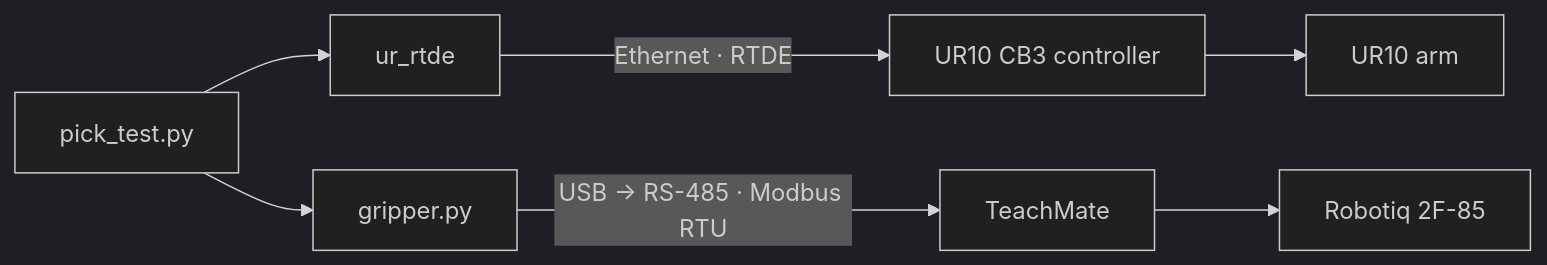
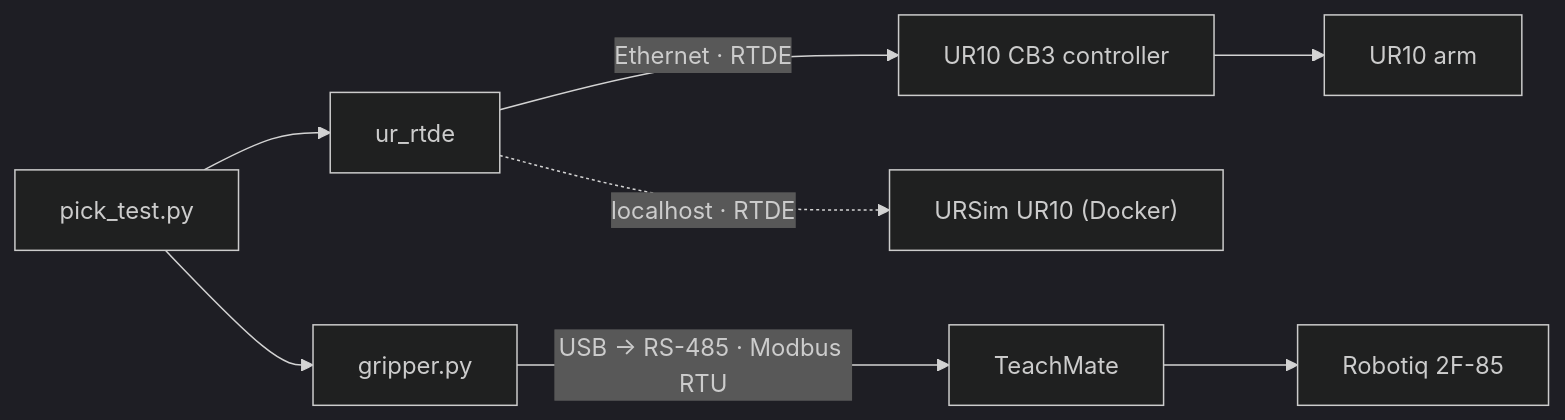
Before and after one commit to Gabriel-smm/auto-UR10: the diagram in README.md, drawn with Mermaid (dark theme). The commit also changed other lines of this file and 3 other files, not shown here.

````diff
--- a/README.md
+++ b/README.md
@@ -19,9 +19,10 @@
 ```mermaid
 flowchart LR
     S["pick_test.py"] --> R["ur_rtde"]
     S --> G["gripper.py"]
     R -- "Ethernet · RTDE" --> CB3["UR10 CB3 controller"]
     CB3 --> ARM["UR10 arm"]
     G -- "USB → RS-485 · Modbus RTU" --> TM["TeachMate"]
     TM --> GR["Robotiq 2F-85"]
+    R -. "localhost · RTDE" .-> SIM["URSim UR10 (Docker)"]
 ```
````
